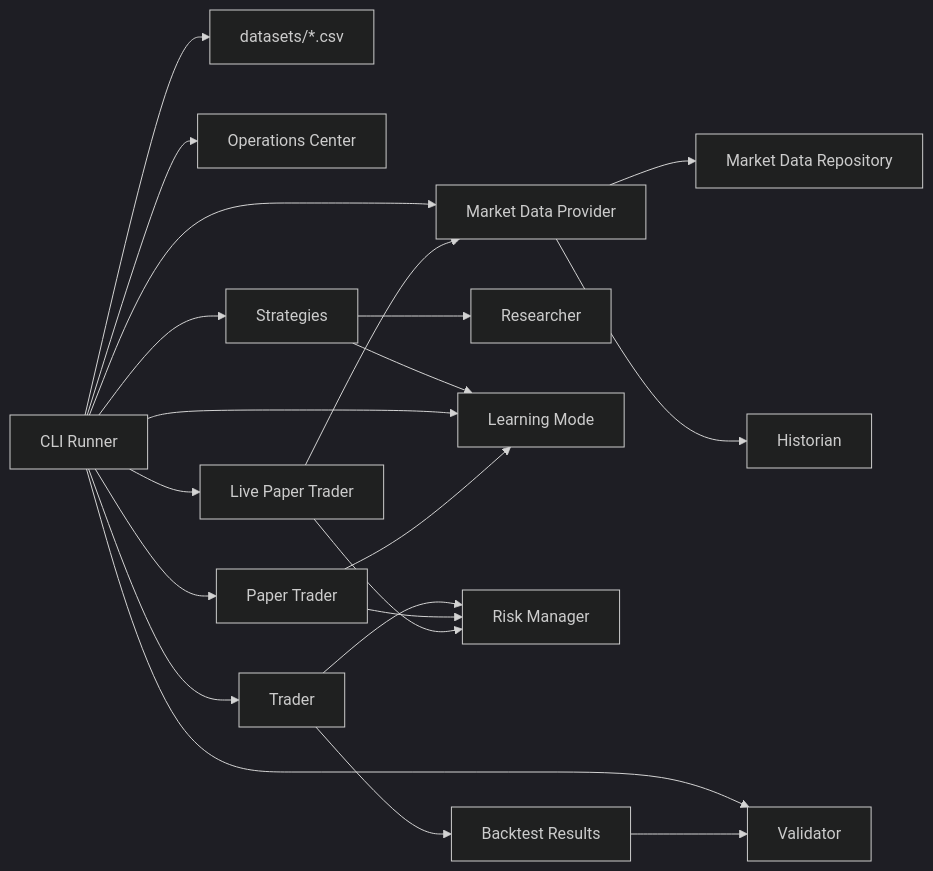
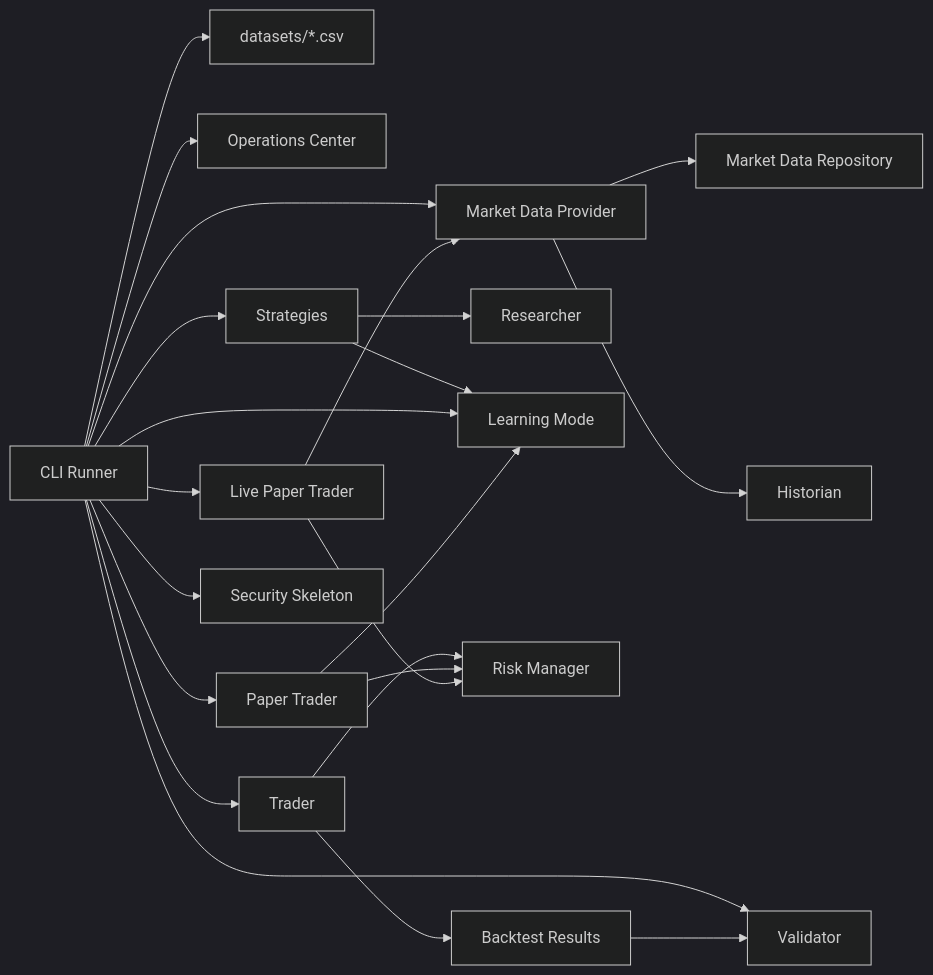
The diagram in ARCHITECTURE.md (lumenXV/PTB-1), drawn with Mermaid (dark theme) before and after one commit. The commit also changed other lines of this file and 5 other files, not shown here.

Commit message:
Add security skeleton

````diff
--- a/ARCHITECTURE.md
+++ b/ARCHITECTURE.md
@@ -15,23 +15,24 @@
 ```mermaid
 flowchart LR
     CLI["CLI Runner"] --> DatasetFiles["datasets/*.csv"]
     CLI --> Operations["Operations Center"]
     CLI --> MarketData["Market Data Provider"]
     MarketData --> MarketRepo["Market Data Repository"]
     MarketData --> Historian["Historian"]
     CLI --> Strategies["Strategies"]
     Strategies --> Researcher["Researcher"]
     Strategies --> Learning["Learning Mode"]
     CLI --> Learning
     CLI --> Trader["Trader"]
     CLI --> Paper["Paper Trader"]
     CLI --> LivePaper["Live Paper Trader"]
+    CLI --> Security["Security Skeleton"]
     Trader --> RiskManager["Risk Manager"]
     Paper --> RiskManager
     LivePaper --> RiskManager
     LivePaper --> MarketData
     Paper --> Learning
     Trader --> Result["Backtest Results"]
     CLI --> Validator["Validator"]
     Result --> Validator
 ```
````
